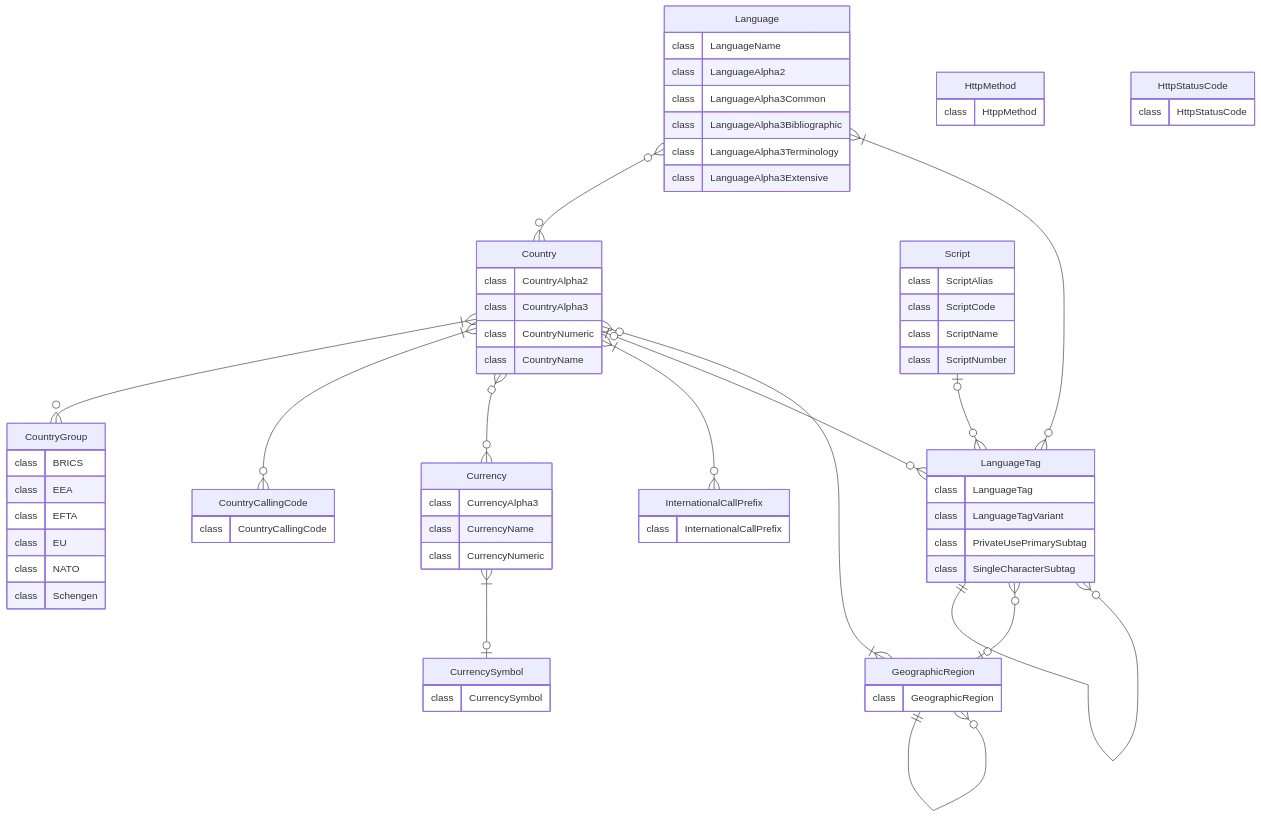
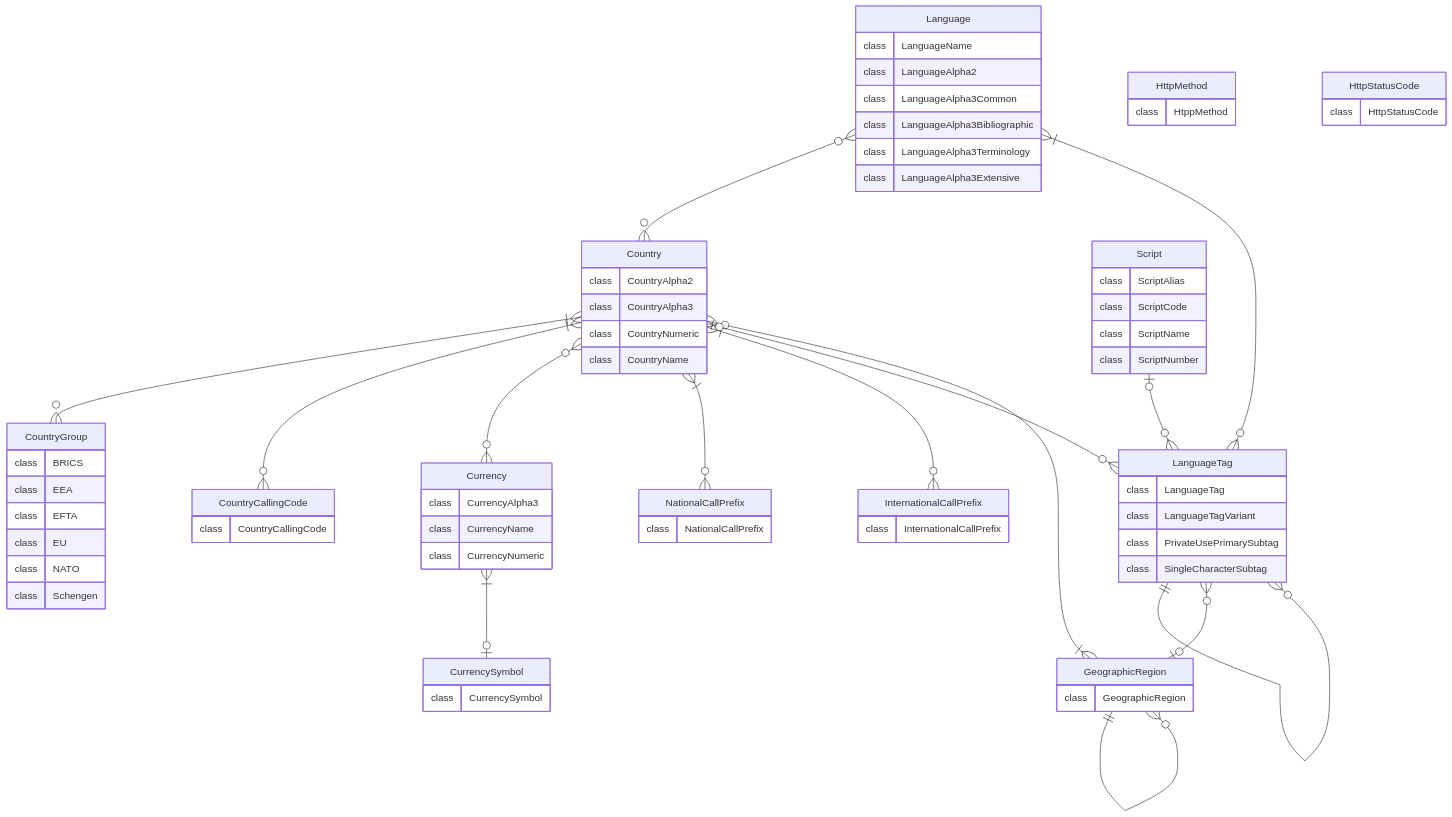
One commit to PrinsFrank/standards changed the first of 3 diagrams in README.md. Above: the diagram before and after it, drawn with Mermaid. The commit also changed other lines of this file and 10 other files, not shown here.

Commit message:
Add national call prefixes (#104)

````diff
--- a/README.md
+++ b/README.md
@@ -41,74 +41,78 @@
 ```mermaid
 erDiagram
     Country {
         class CountryAlpha2
         class CountryAlpha3
         class CountryNumeric
         class CountryName
     }
     GeographicRegion {
         class GeographicRegion
     }
     CountryGroup {
         class BRICS
         class EEA
         class EFTA
         class EU
         class NATO
         class Schengen
     }
     CountryCallingCode {
         class CountryCallingCode
     }
     Currency {
         class CurrencyAlpha3
         class CurrencyName
         class CurrencyNumeric
     }
     CurrencySymbol {
         class CurrencySymbol
+    }
+    NationalCallPrefix {
+        class NationalCallPrefix
     }
     InternationalCallPrefix {
         class InternationalCallPrefix
     }
     Language {
         class LanguageName
         class LanguageAlpha2
         class LanguageAlpha3Common
         class LanguageAlpha3Bibliographic
         class LanguageAlpha3Terminology
         class LanguageAlpha3Extensive
     }
     Script {
         class ScriptAlias
         class ScriptCode
         class ScriptName
         class ScriptNumber
     }
     LanguageTag {
         class LanguageTag
         class LanguageTagVariant
         class PrivateUsePrimarySubtag
         class SingleCharacterSubtag
     }
     HttpMethod {
         class HtppMethod
     }
     HttpStatusCode {
         class HttpStatusCode
     }
 
     GeographicRegion }|--o{ Country: ""
     GeographicRegion ||--o{ GeographicRegion: ""
     Language }o--o{ Country: ""
     Country }|--o{ CountryGroup: ""
     Country }|--o{ CountryCallingCode: ""
     Country }o--o{ Currency: ""
+    Country }|--o{ NationalCallPrefix: ""
     Country }|--o{ InternationalCallPrefix: ""
     Currency }|--o| CurrencySymbol: ""
     LanguageTag ||--o{ LanguageTag: ""
     Language }|--o{ LanguageTag: ""
     Script |o--o{ LanguageTag: ""
     Country |o--o{ LanguageTag: ""
     LanguageTag }o--o| GeographicRegion: ""
 ```
````
